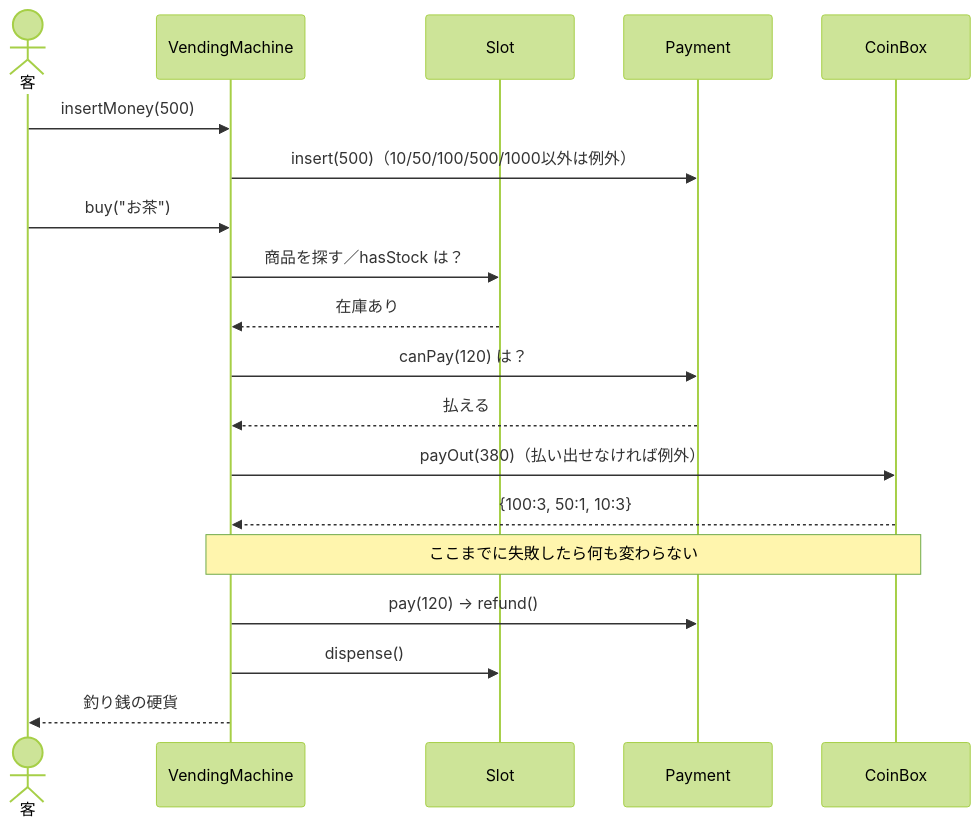
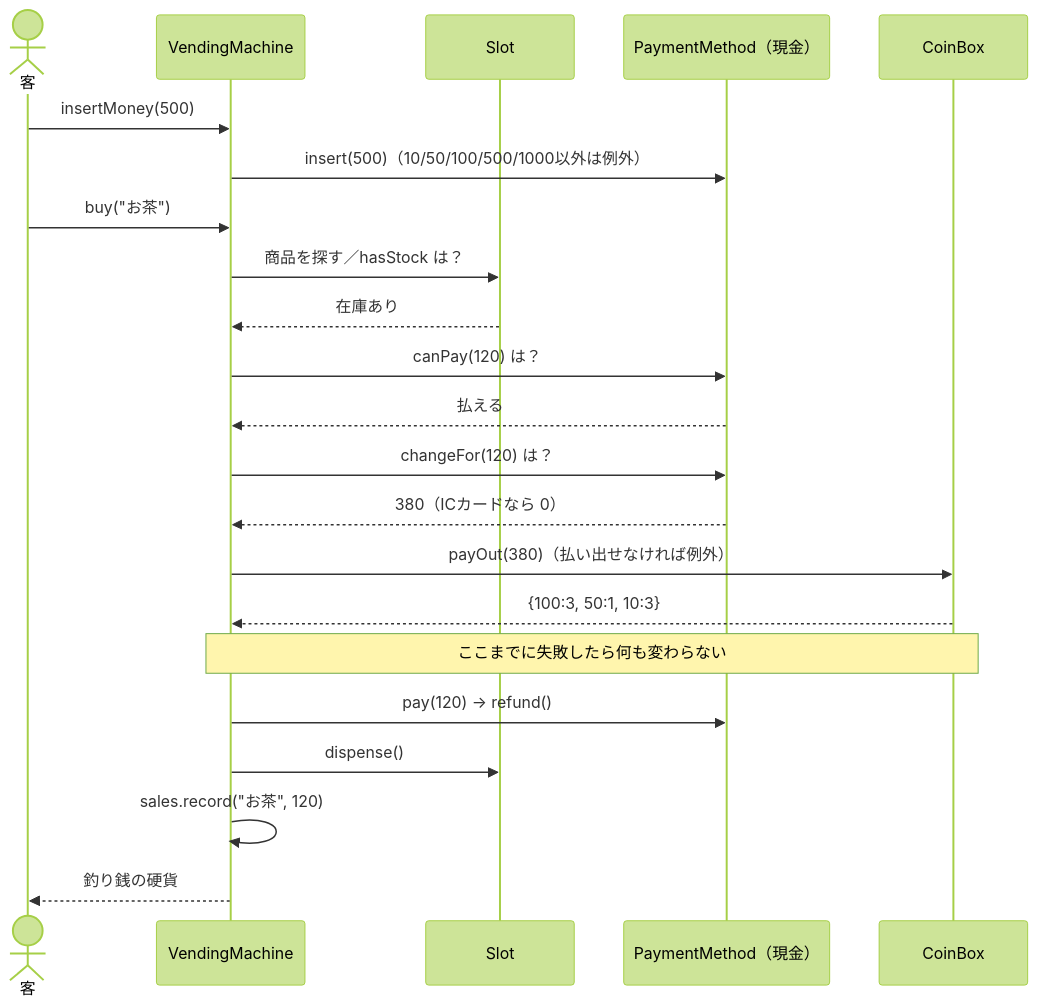
One commit to satoru-o/oop-learning-sandbox changed the second of 2 diagrams in 05_vending_machine_with_tdd/DESIGN.md. Above: the diagram before and after it, drawn with Mermaid (forest theme). The commit also changed other lines of this file and 1 other file, not shown here.

Commit message:
docs(05): 設計図にルール7・8（支払い方法の差し替え・売上集計）を反映する

````diff
--- a/05_vending_machine_with_tdd/DESIGN.md
+++ b/05_vending_machine_with_tdd/DESIGN.md
@@ -63,22 +85,25 @@
 ```mermaid
 sequenceDiagram
     actor 客
     participant VM as VendingMachine
     participant S as Slot
-    participant P as Payment
+    participant P as PaymentMethod（現金）
     participant C as CoinBox
 
     客->>VM: insertMoney(500)
     VM->>P: insert(500)（10/50/100/500/1000以外は例外）
     客->>VM: buy("お茶")
     VM->>S: 商品を探す／hasStock は？
     S-->>VM: 在庫あり
     VM->>P: canPay(120) は？
     P-->>VM: 払える
+    VM->>P: changeFor(120) は？
+    P-->>VM: 380（ICカードなら 0）
     VM->>C: payOut(380)（払い出せなければ例外）
     C-->>VM: {100:3, 50:1, 10:3}
     Note over VM,C: ここまでに失敗したら何も変わらない
     VM->>P: pay(120) → refund()
     VM->>S: dispense()
+    VM->>VM: sales.record("お茶", 120)
     VM-->>客: 釣り銭の硬貨
 ```
````
